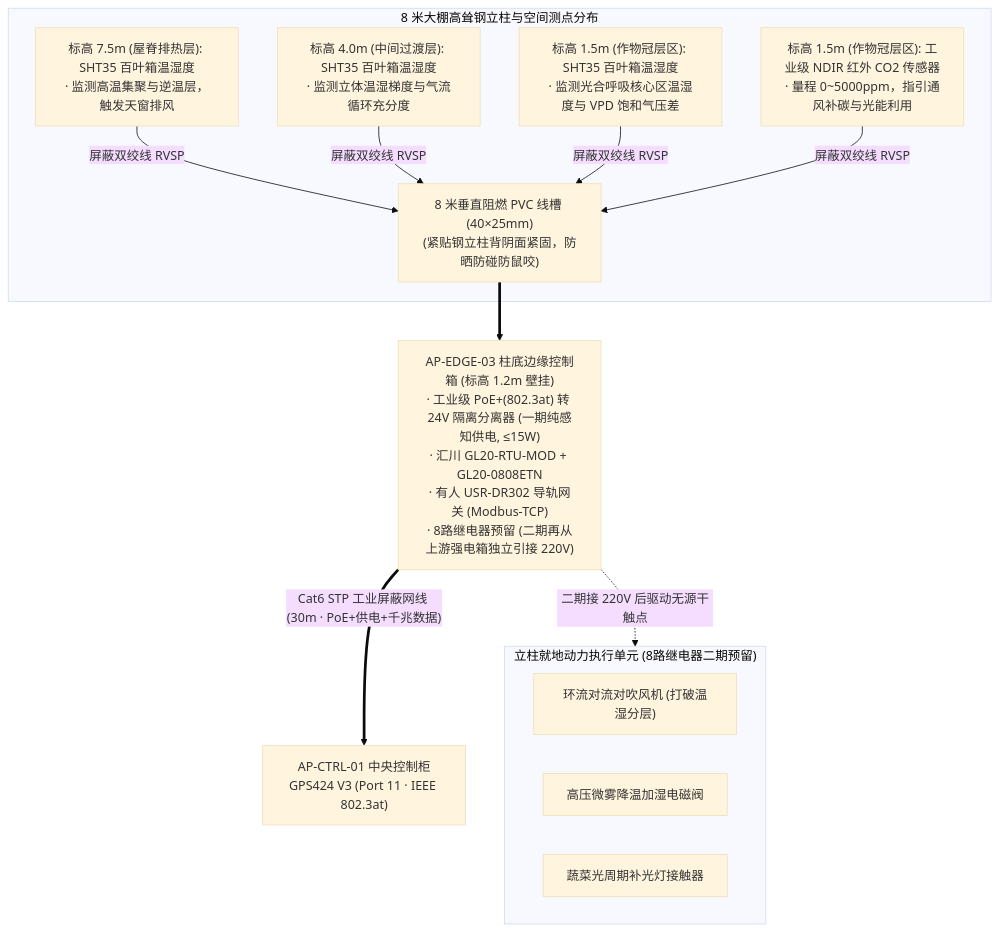
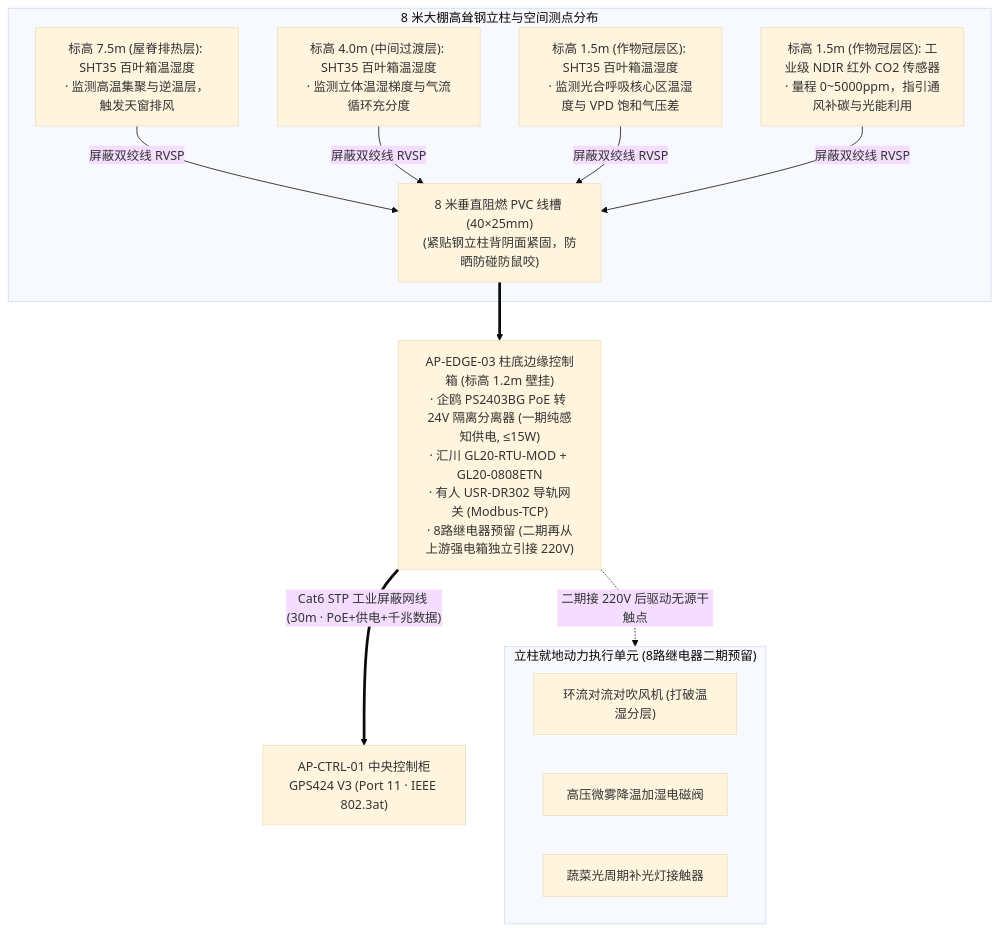
Before and after one commit to digitalboy/aquaponics: the diagram in docs/02_requirements_and_plans/03_engineering_specs/06_温室立柱微气候边缘控制箱与立体气象感知工程规范.md, drawn with Mermaid (base theme). The commit also changed other lines of this file and 5 other files, not shown here.

````diff
--- a/docs/02_requirements_and_plans/03_engineering_specs/06_温室立柱微气候边缘控制箱与立体气象感知工程规范.md
+++ b/docs/02_requirements_and_plans/03_engineering_specs/06_温室立柱微气候边缘控制箱与立体气象感知工程规范.md
@@ -17,25 +17,25 @@
 ```mermaid
 flowchart TD
     subgraph Column8M ["8 米大棚高耸钢立柱与空间测点分布"]
         TopSensor["标高 7.5m (屋脊排热层): SHT35 百叶箱温湿度<br>· 监测高温集聚与逆温层，触发天窗排风"]
         MidSensor["标高 4.0m (中间过渡层): SHT35 百叶箱温湿度<br>· 监测立体温湿梯度与气流循环充分度"]
         BottomSensor["标高 1.5m (作物冠层区): SHT35 百叶箱温湿度<br>· 监测光合呼吸核心区温湿度与 VPD 饱和气压差"]
         CO2Sensor["标高 1.5m (作物冠层区): 工业级 NDIR 红外 CO2 传感器<br>· 量程 0~5000ppm，指引通风补碳与光能利用"]
 
         TopSensor -->|屏蔽双绞线 RVSP| Trunking["8 米垂直阻燃 PVC 线槽 (40×25mm)<br>(紧贴钢立柱背阴面紧固，防晒防碰防鼠咬)"]
         MidSensor -->|屏蔽双绞线 RVSP| Trunking
         BottomSensor -->|屏蔽双绞线 RVSP| Trunking
         CO2Sensor -->|屏蔽双绞线 RVSP| Trunking
     end
 
-    Trunking ==> BoxBase["AP-EDGE-03 柱底边缘控制箱 (标高 1.2m 壁挂)<br>· 工业级 PoE+(802.3at) 转 24V 隔离分离器 (一期纯感知供电, ≤15W)<br>· 汇川 GL20-RTU-MOD + GL20-0808ETN<br>· 有人 USR-DR302 导轨网关 (Modbus-TCP)<br>· 8路继电器预留 (二期再从上游强电箱独立引接 220V)"]
+    Trunking ==> BoxBase["AP-EDGE-03 柱底边缘控制箱 (标高 1.2m 壁挂)<br>· 企鸥 PS2403BG PoE 转 24V 隔离分离器 (一期纯感知供电, ≤15W)<br>· 汇川 GL20-RTU-MOD + GL20-0808ETN<br>· 有人 USR-DR302 导轨网关 (Modbus-TCP)<br>· 8路继电器预留 (二期再从上游强电箱独立引接 220V)"]
 
     subgraph Actuators ["立柱就地动力执行单元 (8路继电器二期预留)"]
         Fan["环流对流对吹风机 (打破温湿分层)"]
         Valve["高压微雾降温加湿电磁阀"]
         Light["蔬菜光周期补光灯接触器"]
     end
 
     BoxBase -.->|二期接 220V 后驱动无源干触点| Actuators
     BoxBase == Cat6 STP 工业屏蔽网线 (30m · PoE+供电+千兆数据) ==> CentralPLC["AP-CTRL-01 中央控制柜<br>GPS424 V3 (Port 11 · IEEE 802.3at)"]
 ```
````
